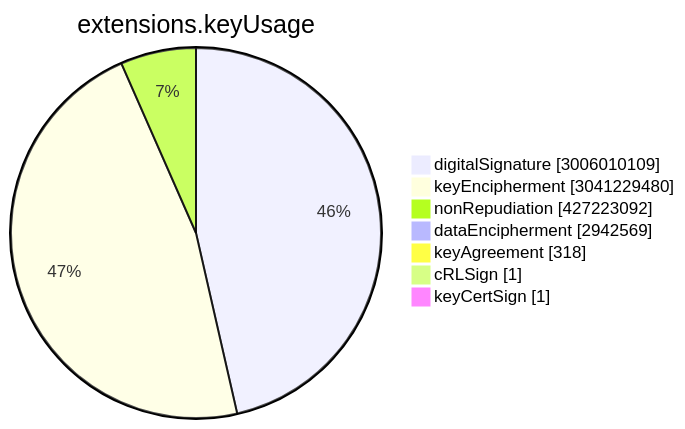
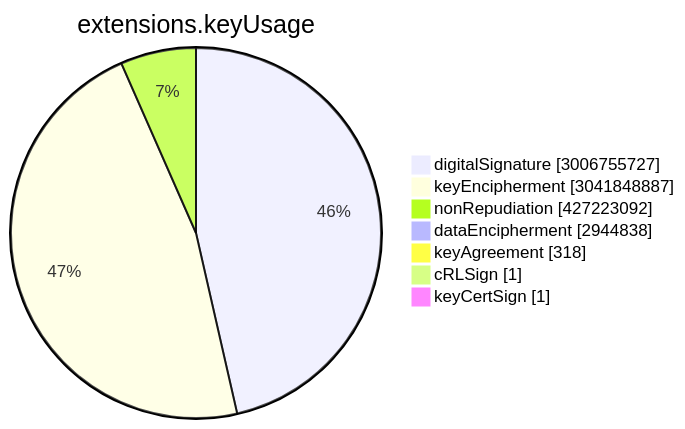
Before and after one commit to christiankrug/ctmonitor_visualization: the sixth of 15 diagrams in TOTAL/README.md, drawn with Mermaid. The commit also changed other lines of this file, not shown here.

````diff
--- a/TOTAL/README.md
+++ b/TOTAL/README.md
@@ -3074,11 +3074,11 @@
 ```mermaid
 pie showData
 title extensions.keyUsage
-"digitalSignature" :3006010109
-"keyEncipherment" :3041229480
+"digitalSignature" :3006755727
+"keyEncipherment" :3041848887
 "nonRepudiation" :427223092
-"dataEncipherment" :2942569
+"dataEncipherment" :2944838
 "keyAgreement" :318
 "cRLSign" :1
 "keyCertSign" :1
 ```
````
